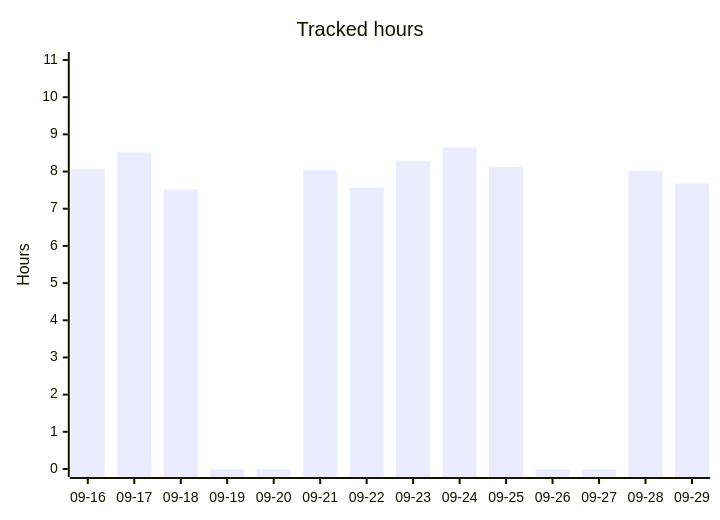
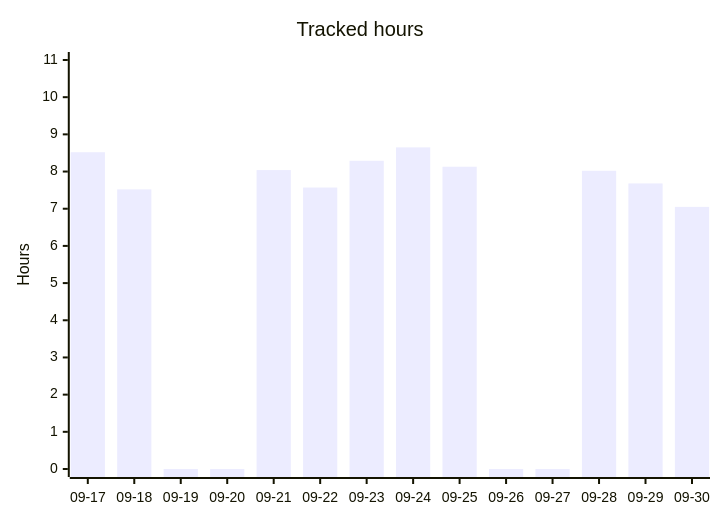
One commit to albinforsberg-netizen/timeclock changed the second of 5 diagrams in README.org. Above: the diagram before and after it, drawn with Mermaid. The commit also changed other lines of this file, not shown here.

```diff
--- a/README.org
+++ b/README.org
@@ -97,7 +97,7 @@
 #+begin_src mermaid
 xychart-beta
     title "Tracked hours"
-    x-axis ["09-16", "09-17", "09-18", "09-19", "09-20", "09-21", "09-22", "09-23", "09-24", "09-25", "09-26", "09-27", "09-28", "09-29"]
+    x-axis ["09-17", "09-18", "09-19", "09-20", "09-21", "09-22", "09-23", "09-24", "09-25", "09-26", "09-27", "09-28", "09-29", "09-30"]
     y-axis "Hours" 0 --> 11
-    bar [8.07, 8.52, 7.52, 0.00, 0.00, 8.04, 7.57, 8.29, 8.65, 8.13, 0.00, 0.00, 8.02, 7.68]
+    bar [8.52, 7.52, 0.00, 0.00, 8.04, 7.57, 8.29, 8.65, 8.13, 0.00, 0.00, 8.02, 7.68, 7.05]
 #+end_src
```
